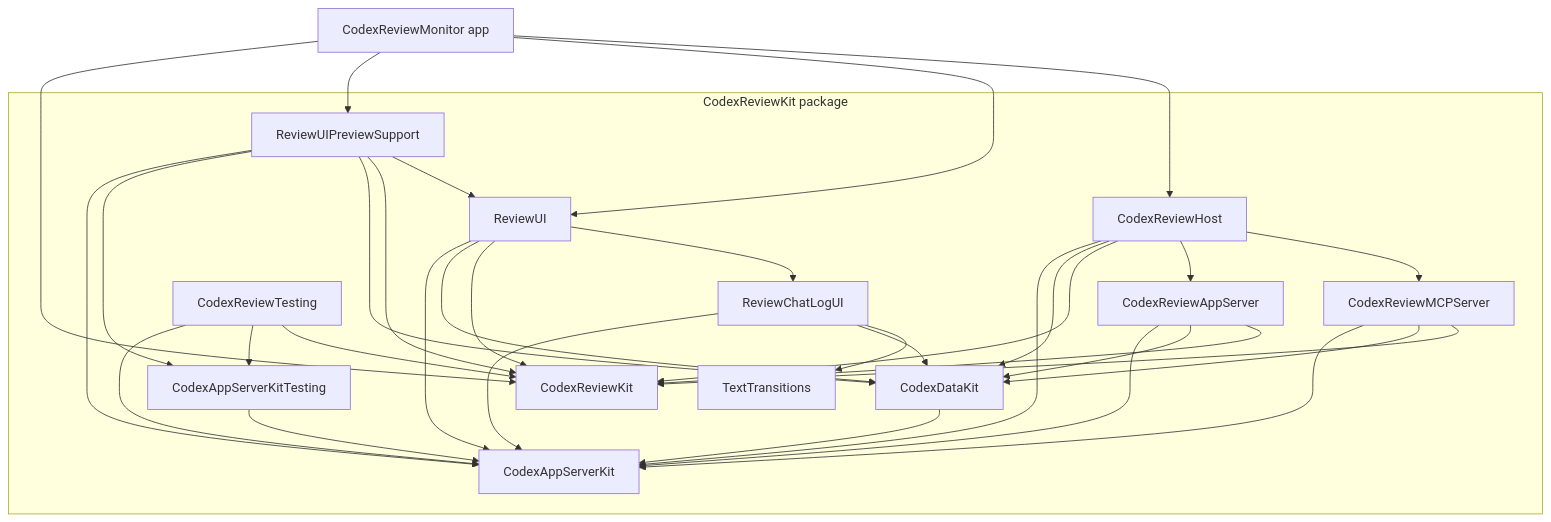
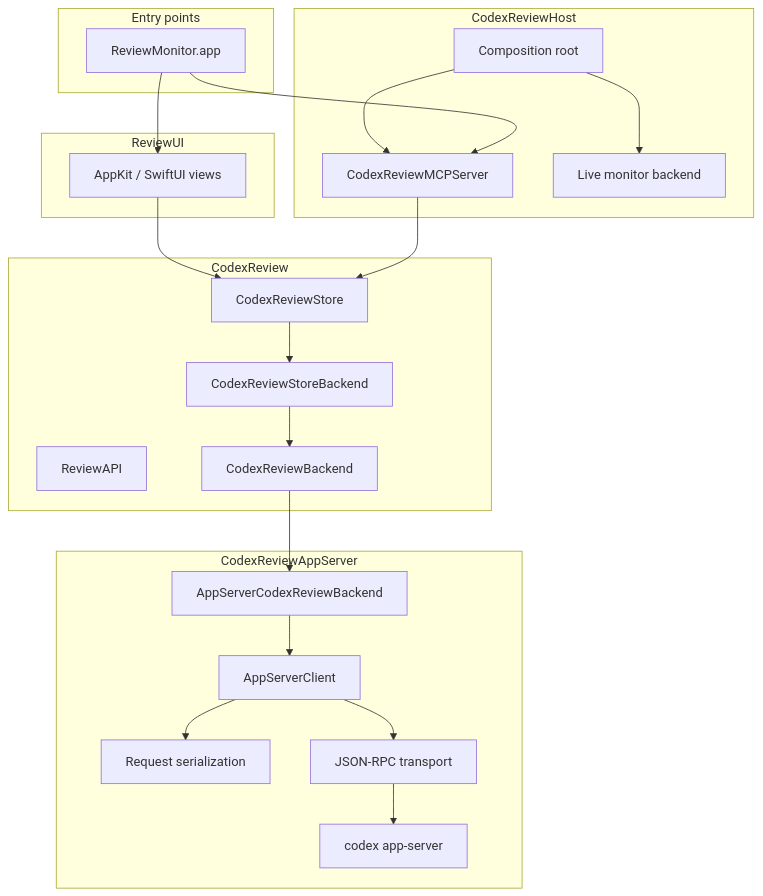
Before and after one commit to lynnswap/CodexReviewKit: the diagram in Docs/architecture.md, drawn with Mermaid. The commit also changed other lines of this file and 290 other files, not shown here.

````diff
--- a/Docs/architecture.md
+++ b/Docs/architecture.md
@@ -96,52 +33,45 @@
 ```mermaid
 flowchart TB
-    App["CodexReviewMonitor app"]
-
-    subgraph Package["CodexReviewKit package"]
-        Host["CodexReviewHost"]
-        UI["ReviewUI"]
-        Preview["ReviewUIPreviewSupport"]
-        ChatUI["ReviewChatLogUI"]
-        MCP["CodexReviewMCPServer"]
-        ReviewAdapter["CodexReviewAppServer"]
-        ReviewCore["CodexReviewKit"]
-        ReviewTesting["CodexReviewTesting"]
-        DataKit["CodexDataKit"]
-        AppServerTesting["CodexAppServerKitTesting"]
-        AppServerKit["CodexAppServerKit"]
-        TextTransitions["TextTransitions"]
+    subgraph Entry["Entry points"]
+        Monitor["ReviewMonitor.app"]
     end
 
-    App --> Host
-    App --> UI
-    App --> Preview
-    App --> ReviewCore
-    Host --> MCP
-    Host --> ReviewAdapter
-    Host --> ReviewCore
-    Host --> DataKit
-    Host --> AppServerKit
-    Preview --> UI
-    Preview --> ReviewCore
-    Preview --> DataKit
-    Preview --> AppServerTesting
-    Preview --> AppServerKit
-    UI --> ChatUI
-    UI --> ReviewCore
-    UI --> DataKit
-    UI --> AppServerKit
-    ChatUI --> TextTransitions
-    ChatUI --> DataKit
-    ChatUI --> AppServerKit
-    MCP --> ReviewCore
-    MCP --> DataKit
-    MCP --> AppServerKit
-    ReviewAdapter --> ReviewCore
-    ReviewAdapter --> DataKit
-    ReviewAdapter --> AppServerKit
-    ReviewTesting --> ReviewCore
-    ReviewTesting --> AppServerTesting
-    ReviewTesting --> AppServerKit
-    DataKit --> AppServerKit
-    AppServerTesting --> AppServerKit
+    subgraph Core["CodexReview"]
+        ReviewAPI["ReviewAPI"]
+        Store["CodexReviewStore"]
+        Backend["CodexReviewBackend"]
+        StoreBackend["CodexReviewStoreBackend"]
+    end
+
+    subgraph AppServer["CodexReviewAppServer"]
+        AppServerBackend["AppServerCodexReviewBackend"]
+        Client["AppServerClient"]
+        Serializer["Request serialization"]
+        Transport["JSON-RPC transport"]
+        Process["codex app-server"]
+    end
+
+    subgraph Host["CodexReviewHost"]
+        Composition["Composition root"]
+        ToolAdapter["CodexReviewMCPServer"]
+        LiveMonitorBackend["Live monitor backend"]
+    end
+
+    subgraph UI["ReviewUI"]
+        Views["AppKit / SwiftUI views"]
+    end
+
+    Monitor --> Views
+    Monitor --> ToolAdapter
+    ToolAdapter --> Store
+    Views --> Store
+    Store --> StoreBackend
+    StoreBackend --> Backend
+    Backend --> AppServerBackend
+    AppServerBackend --> Client
+    Client --> Serializer
+    Client --> Transport
+    Transport --> Process
+    Composition --> ToolAdapter
+    Composition --> LiveMonitorBackend
 ```
````
